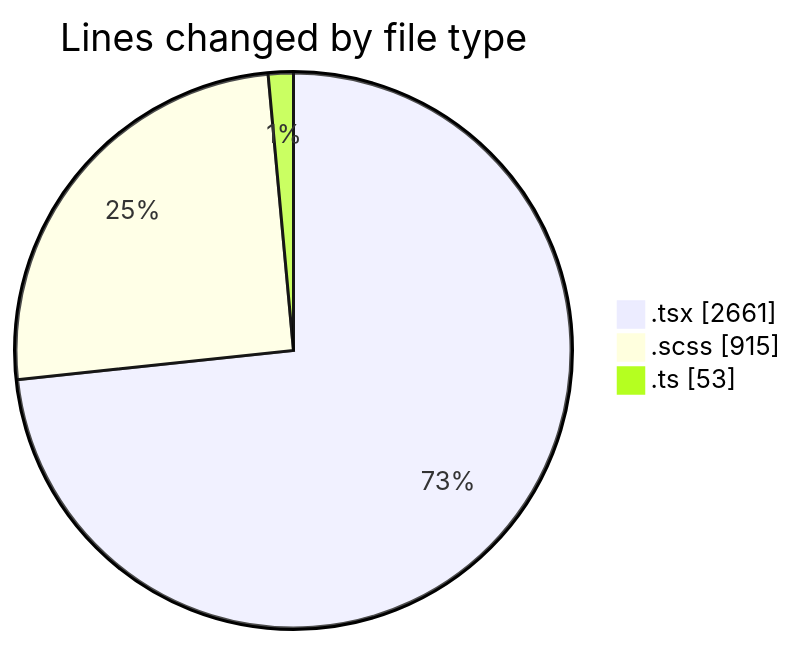
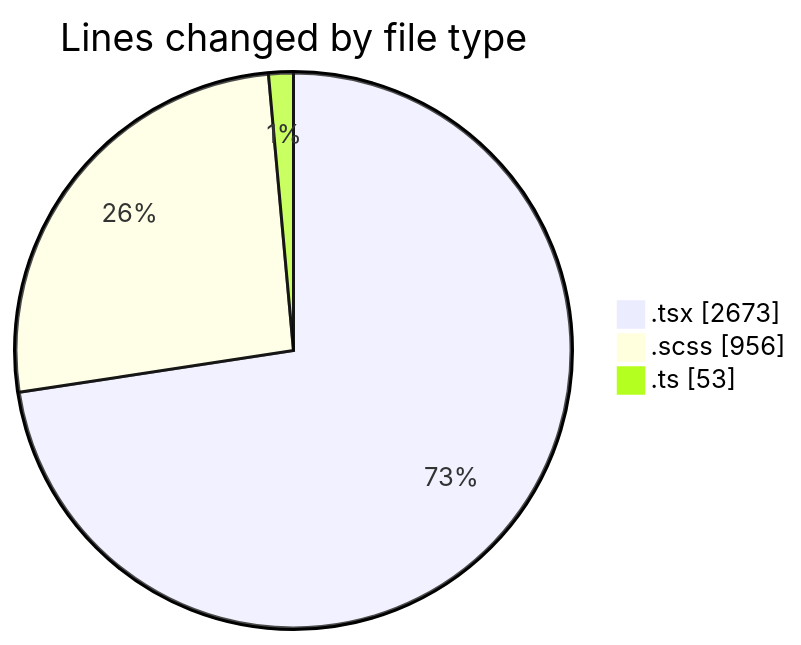
One commit to momahboobian/code-tracking changed the first of 2 diagrams in 2025-03-27/cda/README.md. Above: the diagram before and after it, drawn with Mermaid. The commit also changed other lines of this file and 1 other file, not shown here.

````diff
--- a/2025-03-27/cda/README.md
+++ b/2025-03-27/cda/README.md
@@ -40,7 +40,7 @@
 ```mermaid
 pie showData
 title Lines changed by file type
-".tsx" : 2661
-".scss" : 915
+".tsx" : 2673
+".scss" : 956
 ".ts" : 53
 ```
````
